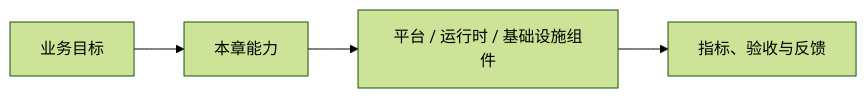
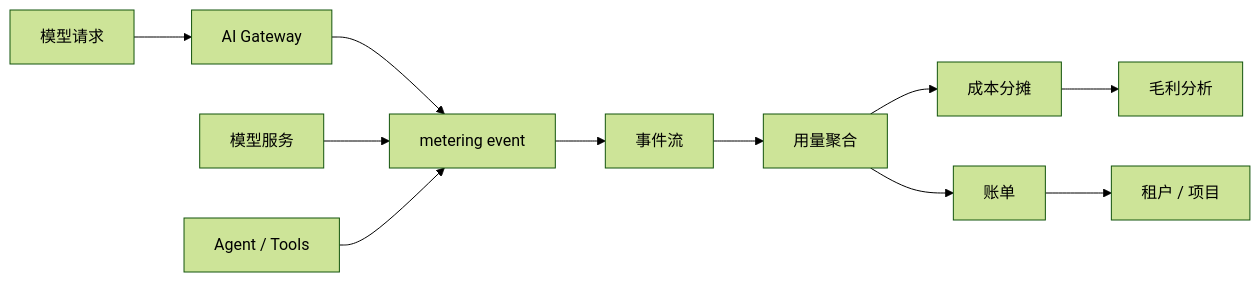
Before and after one commit to ikingye/ai-factory-engineering: the diagram in docs/part-02-platform/chapter-07-metering-billing.md, drawn with Mermaid (forest theme). The commit also changed other lines of this file and 10 other files, not shown here.

````diff
--- a/docs/part-02-platform/chapter-07-metering-billing.md
+++ b/docs/part-02-platform/chapter-07-metering-billing.md
@@ -19,6 +23,13 @@
 ```mermaid
 flowchart LR
-  Goal["业务目标"] --> Capability["本章能力"]
-  Capability --> Components["平台 / 运行时 / 基础设施组件"]
-  Components --> Metrics["指标、验收与反馈"]
+  Req["模型请求"] --> Gateway["AI Gateway"]
+  Gateway --> Meter["metering event"]
+  Model["模型服务"] --> Meter
+  Agent["Agent / Tools"] --> Meter
+  Meter --> Stream["事件流"]
+  Stream --> Usage["用量聚合"]
+  Usage --> Cost["成本分摊"]
+  Usage --> Bill["账单"]
+  Cost --> Margin["毛利分析"]
+  Bill --> Tenant["租户 / 项目"]
 ```
````
